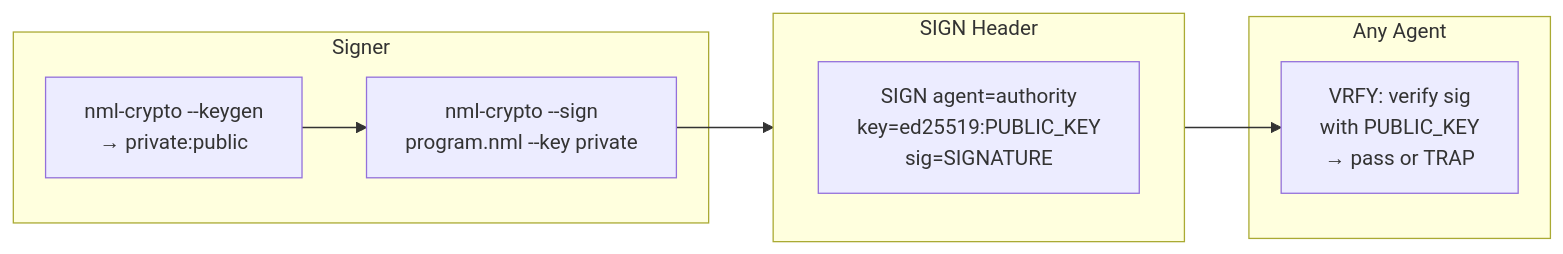
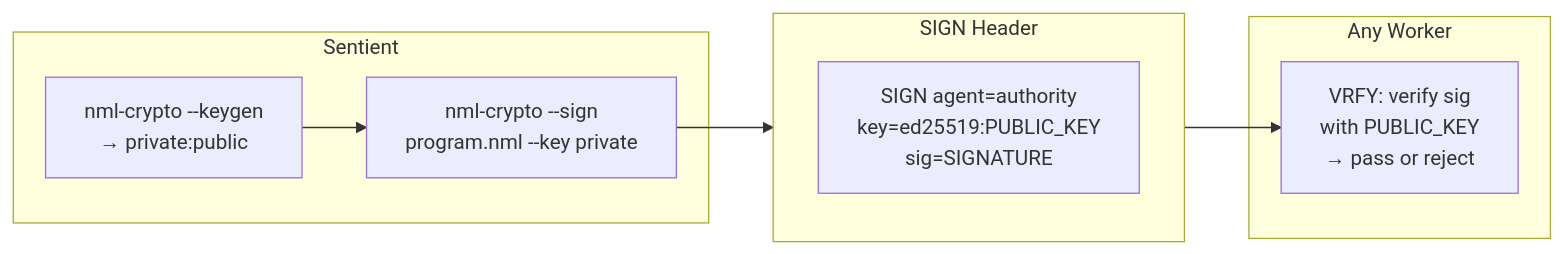
Before and after one commit to dnamaz/nml-collective: the eighth of 9 diagrams in docs/ARCHITECTURE.md, drawn with Mermaid. The commit also changed other lines of this file and 82 other files, not shown here.

````diff
--- a/docs/ARCHITECTURE.md
+++ b/docs/ARCHITECTURE.md
@@ -240,16 +285,16 @@
 ```mermaid
 flowchart LR
-    subgraph signer [Signer]
+    subgraph signer [Sentient]
         keygen["nml-crypto --keygen\n→ private:public"]
         sign["nml-crypto --sign\nprogram.nml --key private"]
     end
     subgraph header [SIGN Header]
         h["SIGN agent=authority\nkey=ed25519:PUBLIC_KEY\nsig=SIGNATURE"]
     end
-    subgraph verifier [Any Agent]
-        vrfy["VRFY: verify sig\nwith PUBLIC_KEY\n→ pass or TRAP"]
+    subgraph verifier [Any Worker]
+        vrfy["VRFY: verify sig\nwith PUBLIC_KEY\n→ pass or reject"]
     end
     keygen --> sign
     sign --> header
     header --> vrfy
 ```
````
